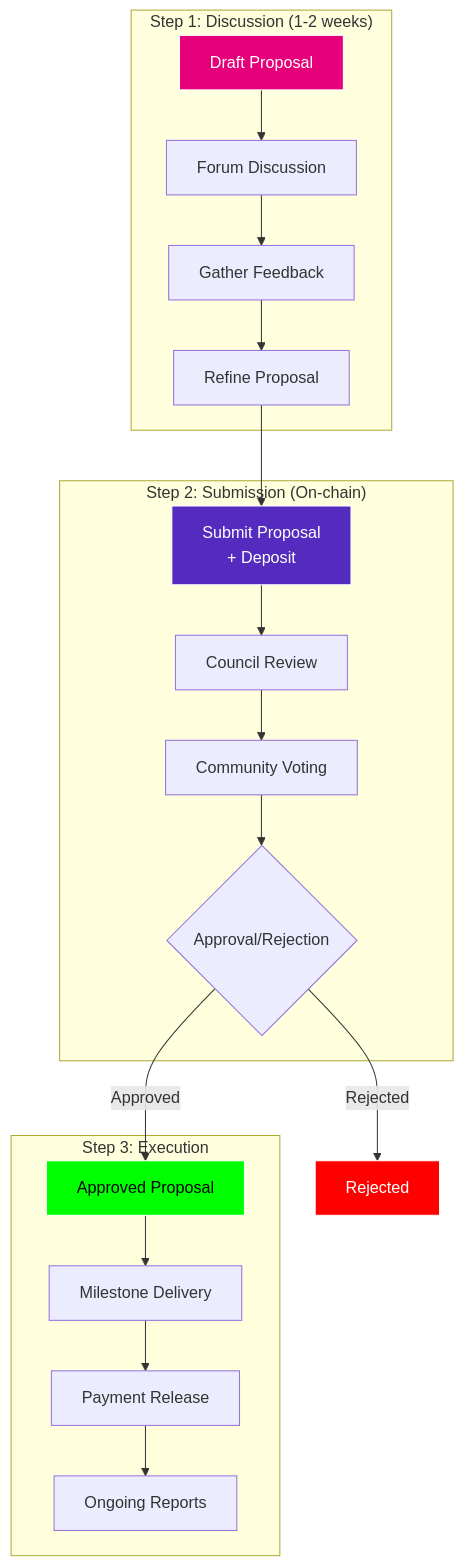
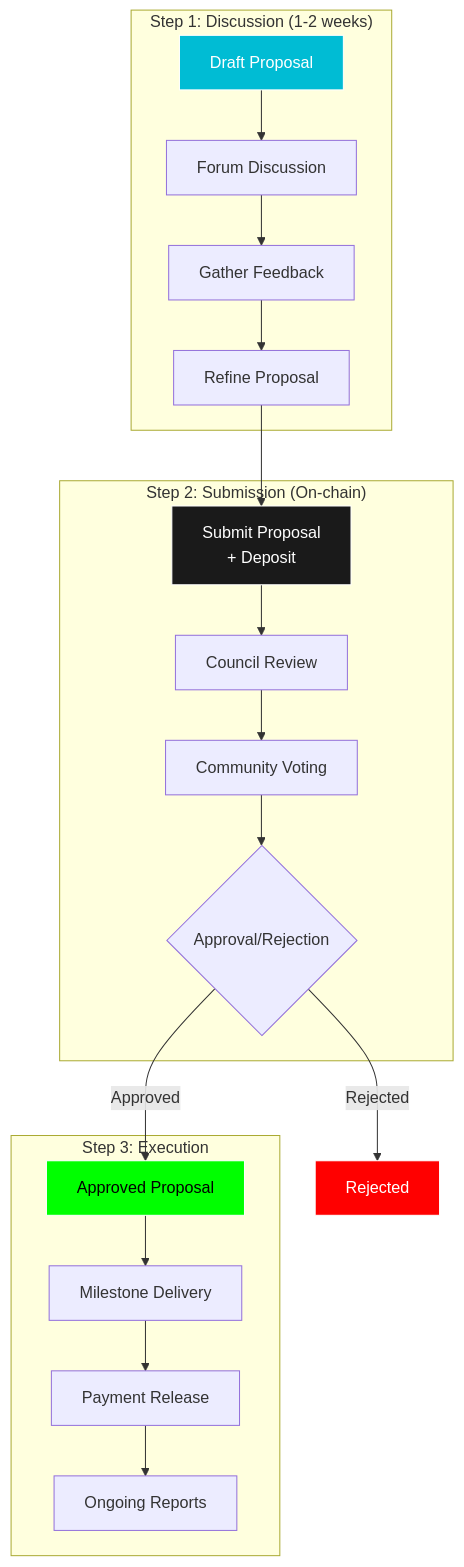
The seventh of 17 diagrams in slides/polkadot-grant-ecosystem.md (openguild-labs/polkadot-codecamp), drawn with Mermaid before and after one commit. The commit also changed other lines of this file and 6 other files, not shown here.

````diff
--- a/slides/polkadot-grant-ecosystem.md
+++ b/slides/polkadot-grant-ecosystem.md
@@ -441,31 +441,31 @@
 ```mermaid
 graph TB
     START[Draft Proposal]
 
     subgraph STEP1["Step 1: Discussion (1-2 weeks)"]
         START --> FORUM[Forum Discussion]
         FORUM --> FEEDBACK[Gather Feedback]
         FEEDBACK --> REFINE[Refine Proposal]
     end
 
     subgraph STEP2["Step 2: Submission (On-chain)"]
         REFINE --> SUBMIT[Submit Proposal<br/>+ Deposit]
         SUBMIT --> COUNCIL[Council Review]
         COUNCIL --> VOTE[Community Voting]
         VOTE --> DECISION{Approval/Rejection}
     end
 
     subgraph STEP3["Step 3: Execution"]
         DECISION -->|Approved| APPROVE[Approved Proposal]
         APPROVE --> MILESTONE[Milestone Delivery]
         MILESTONE --> PAY[Payment Release]
         PAY --> REPORT[Ongoing Reports]
     end
 
     DECISION -->|Rejected| REJECT[Rejected]
 
-    style START fill:#E6007A,stroke:#fff,color:#fff
-    style SUBMIT fill:#552BBF,stroke:#fff,color:#fff
+    style START fill:#00BCD4,stroke:#fff,color:#fff
+    style SUBMIT fill:#1a1a1a,stroke:#fff,color:#fff
     style APPROVE fill:#00ff00,stroke:#fff,color:#000
     style REJECT fill:#ff0000,stroke:#fff,color:#fff
 ```
````
